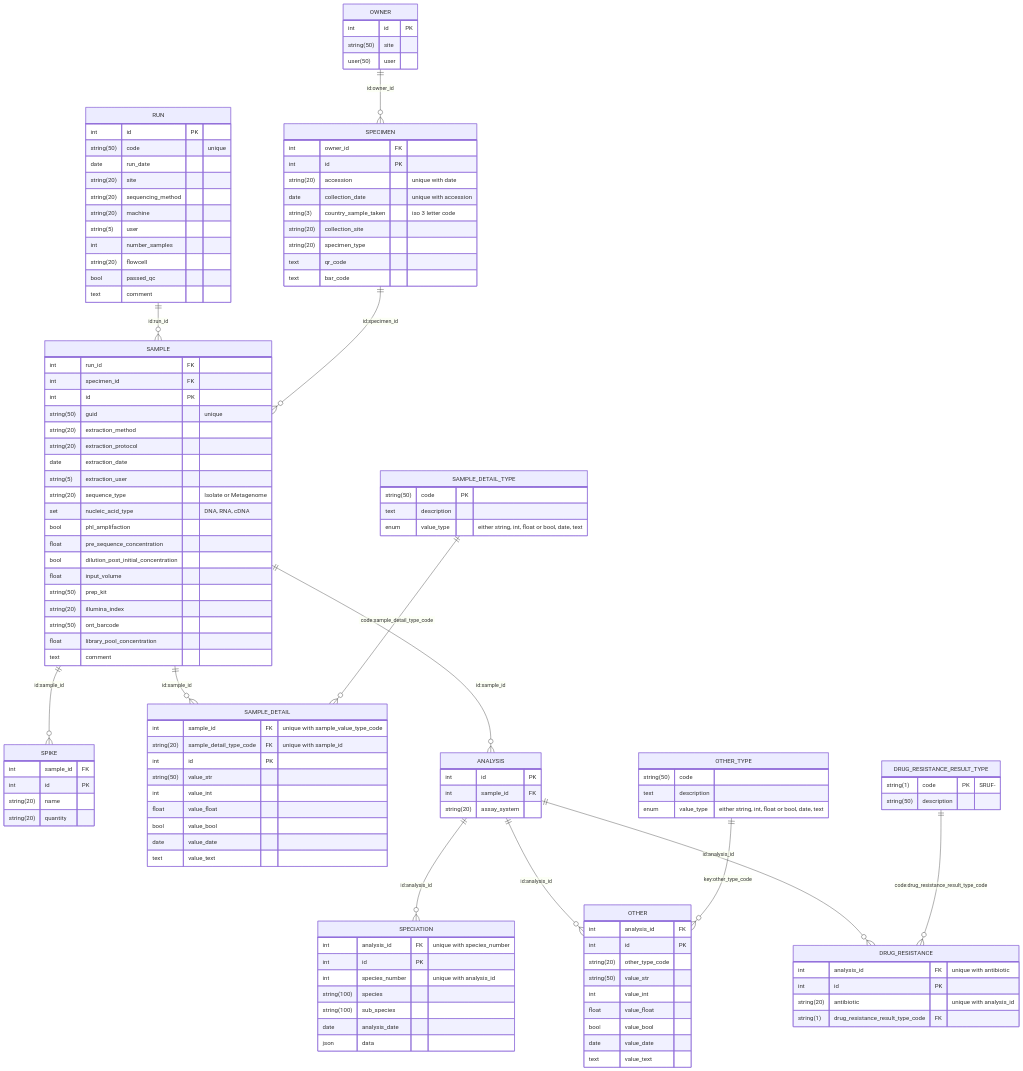
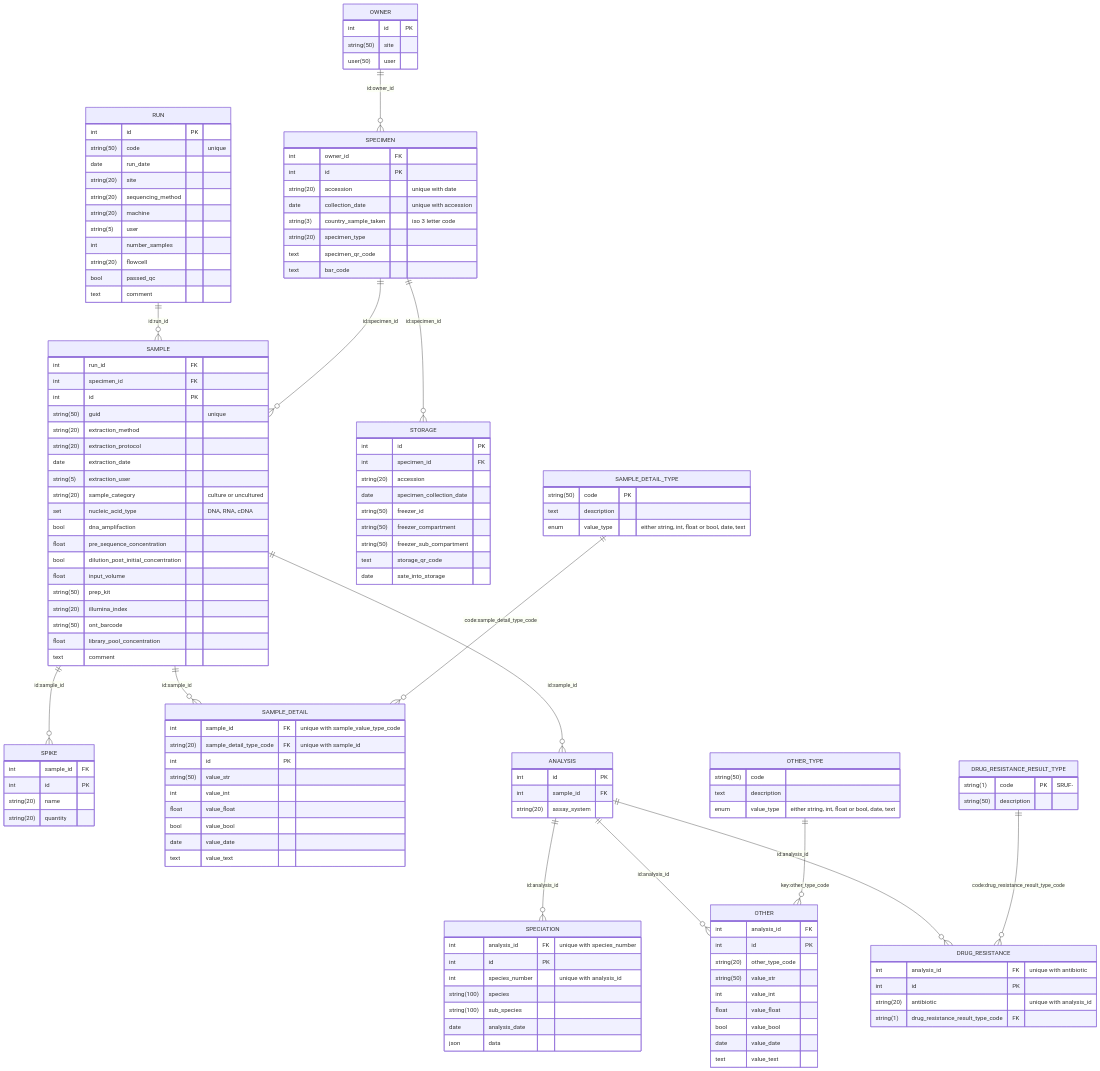
Before and after one commit to oxfordmmm/gpas_local_db: the diagram in docs/database-layout.md, drawn with Mermaid. The commit also changed 17 other files, not shown here.

```diff
--- a/docs/database-layout.md
+++ b/docs/database-layout.md
@@ -28,9 +28,8 @@
         string(20) accession "unique with date"
         date collection_date "unique with accession"
         string(3) country_sample_taken "iso 3 letter code"
-        string(20) collection_site
         string(20) specimen_type
-        text qr_code
+        text specimen_qr_code
         text bar_code
     }
 
@@ -43,9 +42,9 @@
         string(20) extraction_protocol
         date extraction_date
         string(5) extraction_user
-        string(20) sequence_type "Isolate or Metagenome"
+        string(20) sample_category "culture or uncultured"
         set nucleic_acid_type "DNA, RNA, cDNA"
-        bool phl_amplifaction
+        bool dna_amplifaction
         float pre_sequence_concentration
         bool dilution_post_initial_concentration
         float input_volume
@@ -54,6 +53,18 @@
         string(50) ont_barcode
         float library_pool_concentration
         text comment
+    }
+
+    STORAGE {
+        int id PK
+        int specimen_id FK
+        string(20) accession
+        date specimen_collection_date
+        string(50) freezer_id
+        string(50) freezer_compartment
+        string(50) freezer_sub_compartment
+        text storage_qr_code
+        date sate_into_storage
     }
 
     SPIKE {
@@ -130,6 +141,7 @@
     RUN ||--o{ SAMPLE : "id:run_id"
     OWNER ||--o{ SPECIMEN : "id:owner_id"
     SPECIMEN ||--o{ SAMPLE : "id:specimen_id"
+    SPECIMEN ||--o{ STORAGE : "id:specimen_id"
     SAMPLE ||--o{ ANALYSIS : "id:sample_id"
     SAMPLE ||--o{ SPIKE : "id:sample_id"
     ANALYSIS ||--o{ SPECIATION : "id:analysis_id"
```
